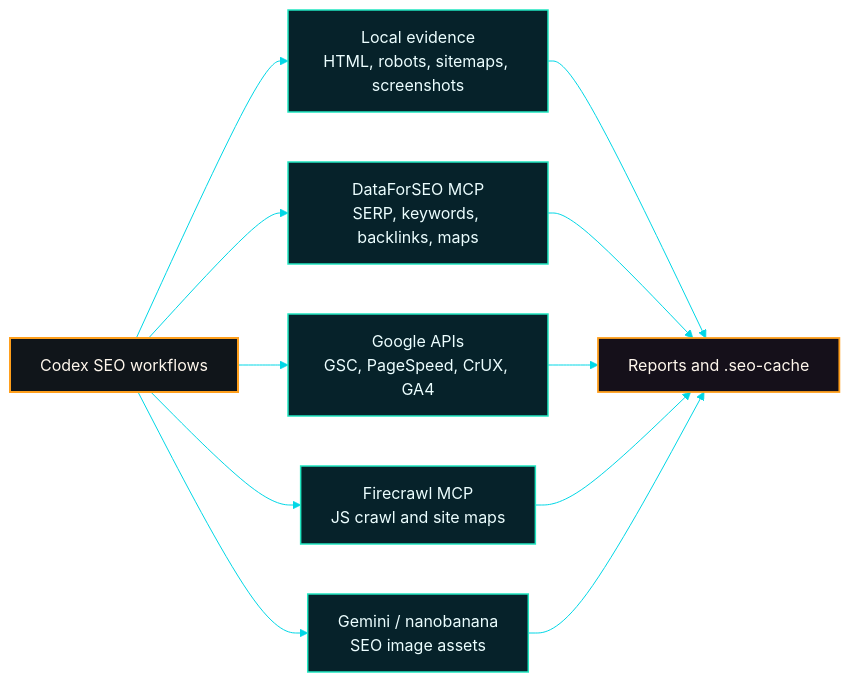
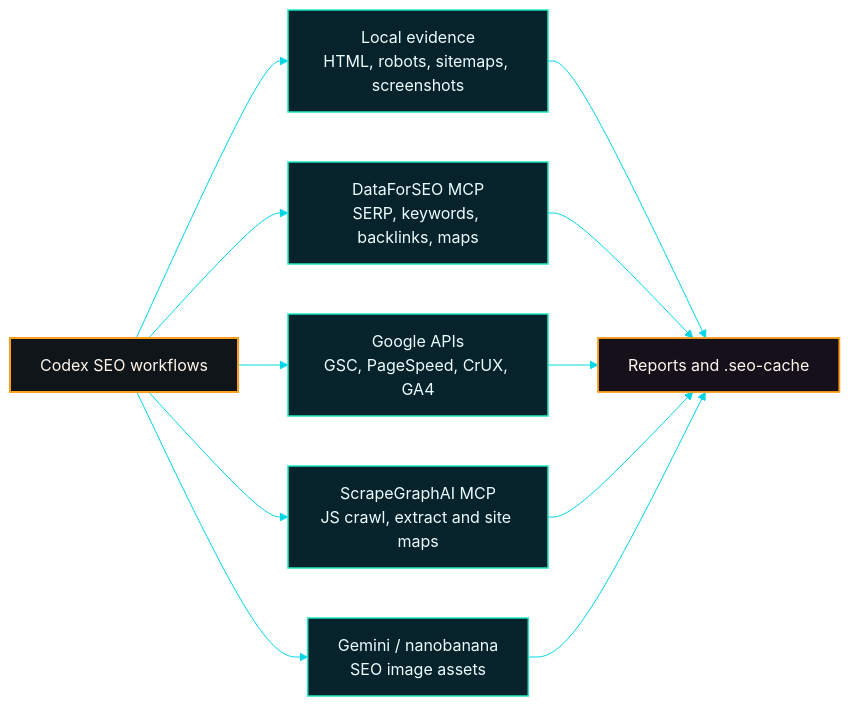
Before and after one commit to yempik-ai/yempik-skills: the fourth of 6 diagrams in seo/README.md, drawn with Mermaid. The commit also changed other lines of this file and 22 other files, not shown here.

First line of the commit message:
Replace the Firecrawl extension with ScrapeGraphAI (#3)

````diff
--- a/seo/README.md
+++ b/seo/README.md
@@ -294,21 +294,21 @@
 ```mermaid
 %%{init: {"theme":"base","themeVariables":{"background":"#05080d","primaryColor":"#07131c","primaryTextColor":"#f5fbff","primaryBorderColor":"#00d7e6","lineColor":"#00d7e6","secondaryColor":"#06222a","tertiaryColor":"#ff9f1c","edgeLabelBackground":"#05080d","fontFamily":"Inter, ui-sans-serif, system-ui, sans-serif"}}}%%
 flowchart LR
   codex["Codex SEO workflows"] --> local["Local evidence<br/>HTML, robots, sitemaps, screenshots"]
   codex --> dfs["DataForSEO MCP<br/>SERP, keywords, backlinks, maps"]
   codex --> google["Google APIs<br/>GSC, PageSpeed, CrUX, GA4"]
-  codex --> firecrawl["Firecrawl MCP<br/>JS crawl and site maps"]
+  codex --> scrapegraph["ScrapeGraphAI MCP<br/>JS crawl, extract and site maps"]
   codex --> banana["Gemini / nanobanana<br/>SEO image assets"]
   local --> artifacts["Reports and .seo-cache"]
   dfs --> artifacts
   google --> artifacts
-  firecrawl --> artifacts
+  scrapegraph --> artifacts
   banana --> artifacts
   class codex accent
-  class local,dfs,google,firecrawl,banana data
+  class local,dfs,google,scrapegraph,banana data
   class artifacts output
   classDef default fill:#07131c,stroke:#00d7e6,color:#f5fbff,stroke-width:1.4px
   classDef accent fill:#10151a,stroke:#ff9f1c,color:#fff7ed,stroke-width:2px
   classDef data fill:#06222a,stroke:#21e6c1,color:#ecfeff,stroke-width:1.5px
   classDef output fill:#15101a,stroke:#ff9f1c,color:#fff7ed,stroke-width:1.8px
 ```
````
